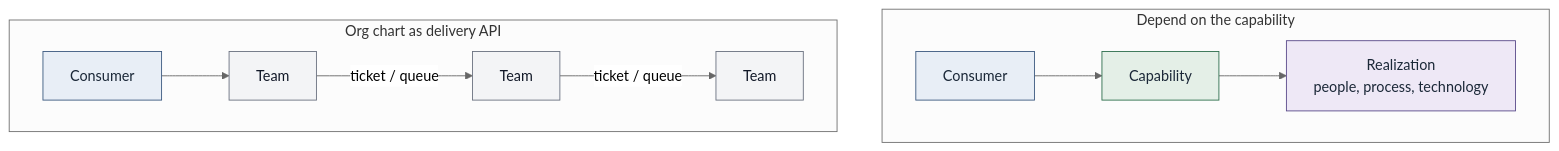
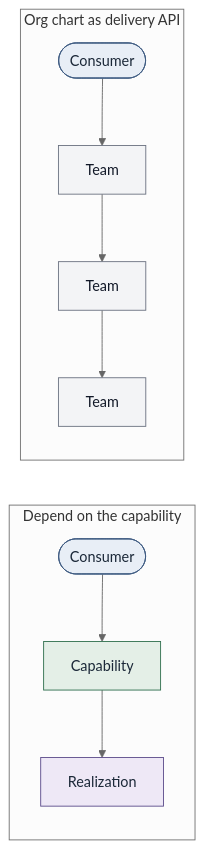
The diagram in diagrams/consumer-capability-realization.md (opsdevcode/convergence), drawn with Mermaid (neutral theme) before and after one commit. The commit also changed other lines of this file and 24 other files, not shown here.

````diff
--- a/diagrams/consumer-capability-realization.md
+++ b/diagrams/consumer-capability-realization.md
@@ -6,20 +5,23 @@
 ```mermaid
-flowchart TB
+flowchart LR
   subgraph good["Depend on the capability"]
-    direction LR
-    C1["Consumer"]:::actor --> Cap["Capability"]:::cap
-    Cap --> R["Realization<br/>people, process, technology"]:::real
+    direction TB
+    C1(["Consumer"]):::intent --> Cap["Capability"]:::cap
+    Cap --> R["Realization"]:::real
   end
 
   subgraph bad["Org chart as delivery API"]
-    direction LR
-    C2["Consumer"]:::actor --> T1["Team"]:::team
-    T1 -->|"ticket / queue"| T2["Team"]:::team
-    T2 -->|"ticket / queue"| T3["Team"]:::team
+    direction TB
+    C2(["Consumer"]):::intent --> T1["Team"]:::team
+    T1 --> T2["Team"]:::team
+    T2 --> T3["Team"]:::team
   end
 
-  classDef actor fill:#E8EEF6,stroke:#3D5A80,color:#1B2838
+  classDef intent fill:#E8EEF6,stroke:#3D5A80,color:#1B2838
   classDef cap fill:#E4EFE7,stroke:#2F6F4E,color:#1B2838
+  classDef exp fill:#F4EFE4,stroke:#8A6A2F,color:#1B2838
   classDef real fill:#EEE8F6,stroke:#5B4B8A,color:#1B2838
+  classDef out fill:#F6E8EE,stroke:#8A4B63,color:#1B2838
+  classDef learn fill:#EEF4E8,stroke:#5A7A3A,color:#1B2838
   classDef team fill:#F3F4F6,stroke:#6B7280,color:#111827
 ```
````
